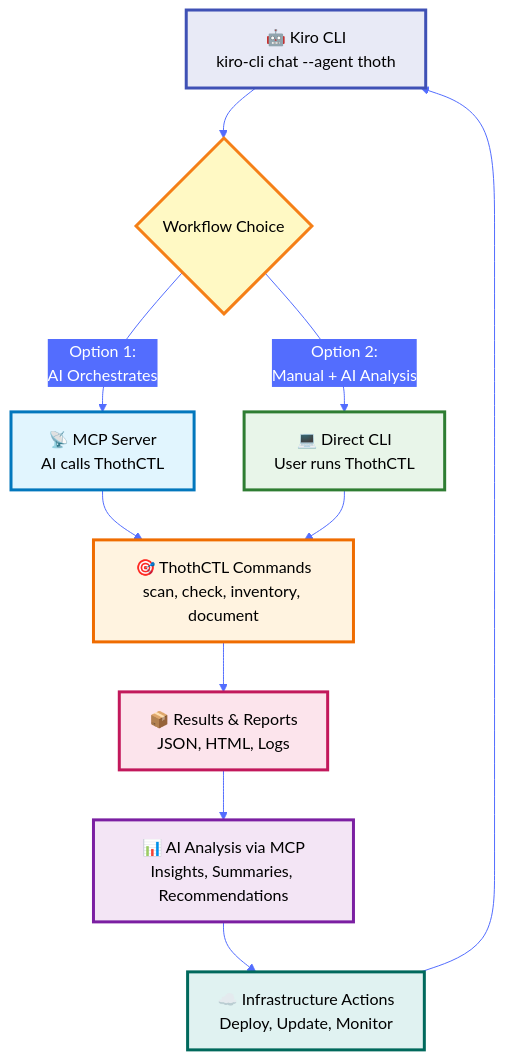
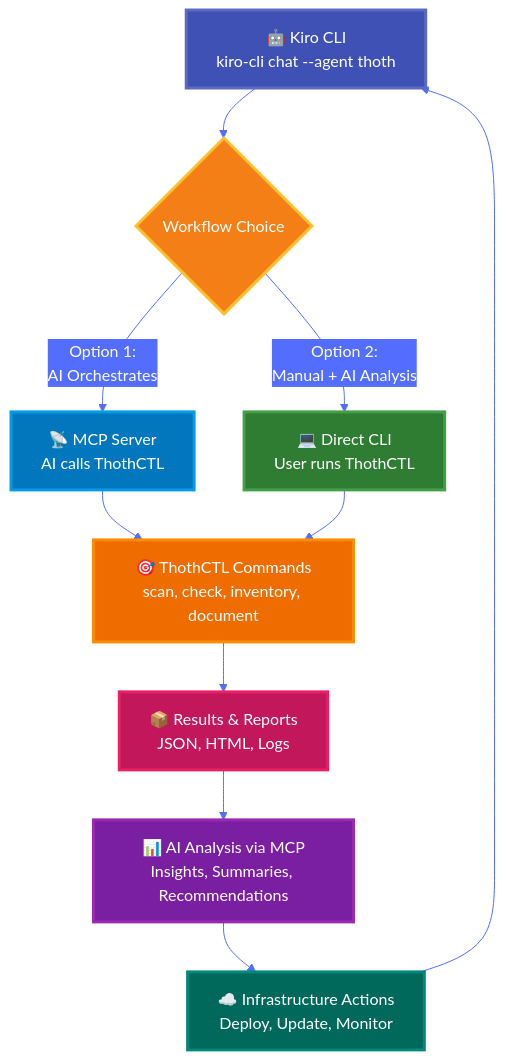
Before and after one commit to thothforge/thothctl: the diagram in docs/framework/use_cases/ai_dlc.md, drawn with Mermaid. The commit also changed 3 other files, not shown here.

Commit message:
fix: mermaid diagrams readability on dark theme

````diff
--- a/docs/framework/use_cases/ai_dlc.md
+++ b/docs/framework/use_cases/ai_dlc.md
@@ -14,37 +14,37 @@
 ```mermaid
 %%{init: {'theme':'base', 'themeVariables': { 'primaryColor':'#3f51b5','primaryTextColor':'#fff','primaryBorderColor':'#303f9f','lineColor':'#536dfe','secondaryColor':'#536dfe','tertiaryColor':'#fff'}}}%%
 graph TB
     A["🤖 Kiro CLI<br/>kiro-cli chat --agent thoth"] --> B{"Workflow Choice"}
     
     B -->|"Option 1:<br/>AI Orchestrates"| C["📡 MCP Server<br/>AI calls ThothCTL"]
     B -->|"Option 2:<br/>Manual + AI Analysis"| D["💻 Direct CLI<br/>User runs ThothCTL"]
     
     C --> E["🎯 ThothCTL Commands<br/>scan, check, inventory, document"]
     D --> E
     
     E --> F["📦 Results & Reports<br/>JSON, HTML, Logs"]
     
     F --> G["📊 AI Analysis via MCP<br/>Insights, Summaries, Recommendations"]
     
     G --> H["☁️ Infrastructure Actions<br/>Deploy, Update, Monitor"]
     
     H --> A
     
-    classDef aiStyle fill:#e8eaf6,stroke:#3f51b5,stroke-width:3px,color:#000
-    classDef choiceStyle fill:#fff9c4,stroke:#f57f17,stroke-width:3px,color:#000
-    classDef mcpStyle fill:#e1f5fe,stroke:#0277bd,stroke-width:3px,color:#000
-    classDef cliStyle fill:#e8f5e9,stroke:#2e7d32,stroke-width:3px,color:#000
-    classDef commandStyle fill:#fff3e0,stroke:#ef6c00,stroke-width:3px,color:#000
-    classDef resultsStyle fill:#fce4ec,stroke:#c2185b,stroke-width:3px,color:#000
-    classDef analysisStyle fill:#f3e5f5,stroke:#7b1fa2,stroke-width:3px,color:#000
-    classDef infraStyle fill:#e0f2f1,stroke:#00695c,stroke-width:3px,color:#000
+    classDef aiStyle fill:#3f51b5,stroke:#5c6bc0,stroke-width:3px,color:#fff
+    classDef choiceStyle fill:#f57f17,stroke:#fbc02d,stroke-width:3px,color:#fff
+    classDef mcpStyle fill:#0277bd,stroke:#039be5,stroke-width:3px,color:#fff
+    classDef cliStyle fill:#2e7d32,stroke:#43a047,stroke-width:3px,color:#fff
+    classDef commandStyle fill:#ef6c00,stroke:#fb8c00,stroke-width:3px,color:#fff
+    classDef resultsStyle fill:#c2185b,stroke:#e91e63,stroke-width:3px,color:#fff
+    classDef analysisStyle fill:#7b1fa2,stroke:#9c27b0,stroke-width:3px,color:#fff
+    classDef infraStyle fill:#00695c,stroke:#00897b,stroke-width:3px,color:#fff
     
     class A aiStyle
     class B choiceStyle
     class C mcpStyle
     class D cliStyle
     class E commandStyle
     class F resultsStyle
     class G analysisStyle
     class H infraStyle
 ```
````
